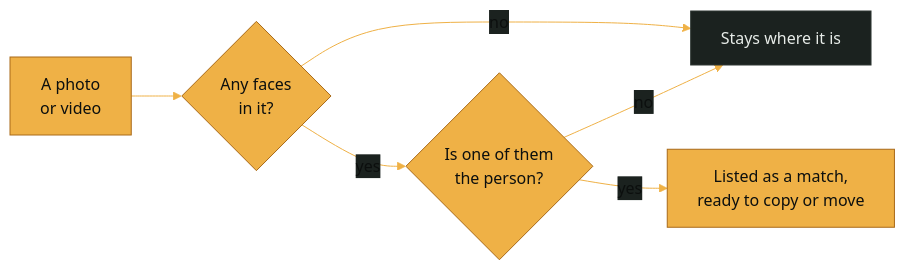
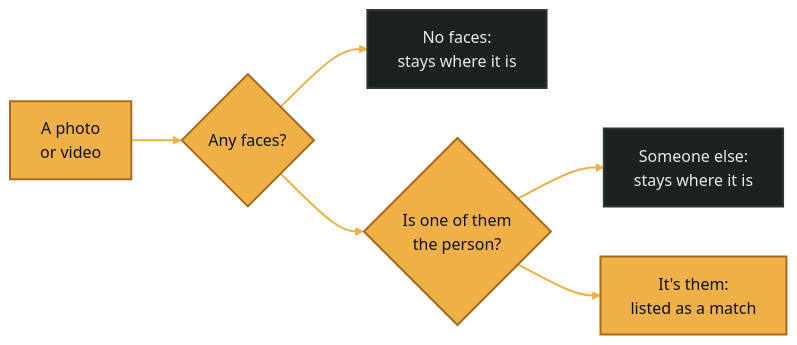
One commit to BitWise-0x/Vaquero changed the second of 2 diagrams in README.md. Above: the diagram before and after it, drawn with Mermaid. The commit also changed other lines of this file, not shown here.

First line of the commit message:
docs: plain README top, readable diagrams in both themes

````diff
--- a/README.md
+++ b/README.md
@@ -128,11 +106,12 @@
 ```mermaid
-%%{init: {"theme": "base", "themeVariables": {"primaryColor": "#efb146", "primaryTextColor": "#0c0f0e", "primaryBorderColor": "#a96a19", "lineColor": "#efb146", "secondaryColor": "#1b221f", "tertiaryColor": "#1b221f", "edgeLabelBackground": "#1b221f", "fontSize": "16px"}}}%%
 flowchart LR
-    photo["A photo<br>or video"] --> faces{"Any faces<br>in it?"}
-    faces -->|"no"| stays["Stays where it is"]
-    faces -->|"yes"| same{"Is one of them<br>the person?"}
-    same -->|"no"| stays
-    same -->|"yes"| match["Listed as a match,<br>ready to copy or move"]
-    classDef quiet fill:#1b221f,stroke:#2e3733,color:#e7ece8
-    class stays quiet
+    photo["A photo<br>or video"] --> faces{"Any faces?"}
+    faces --> noface["No faces:<br>stays where it is"]
+    faces --> same{"Is one of them<br>the person?"}
+    same --> someone["Someone else:<br>stays where it is"]
+    same --> match["It's them:<br>listed as a match"]
+    classDef default fill:#efb146,stroke:#a96a19,stroke-width:2px,color:#0c0f0e
+    classDef quiet fill:#1b221f,stroke:#2e3733,stroke-width:2px,color:#e7ece8
+    linkStyle default stroke:#efb146,stroke-width:2px
+    class noface,someone quiet
 ```
````
